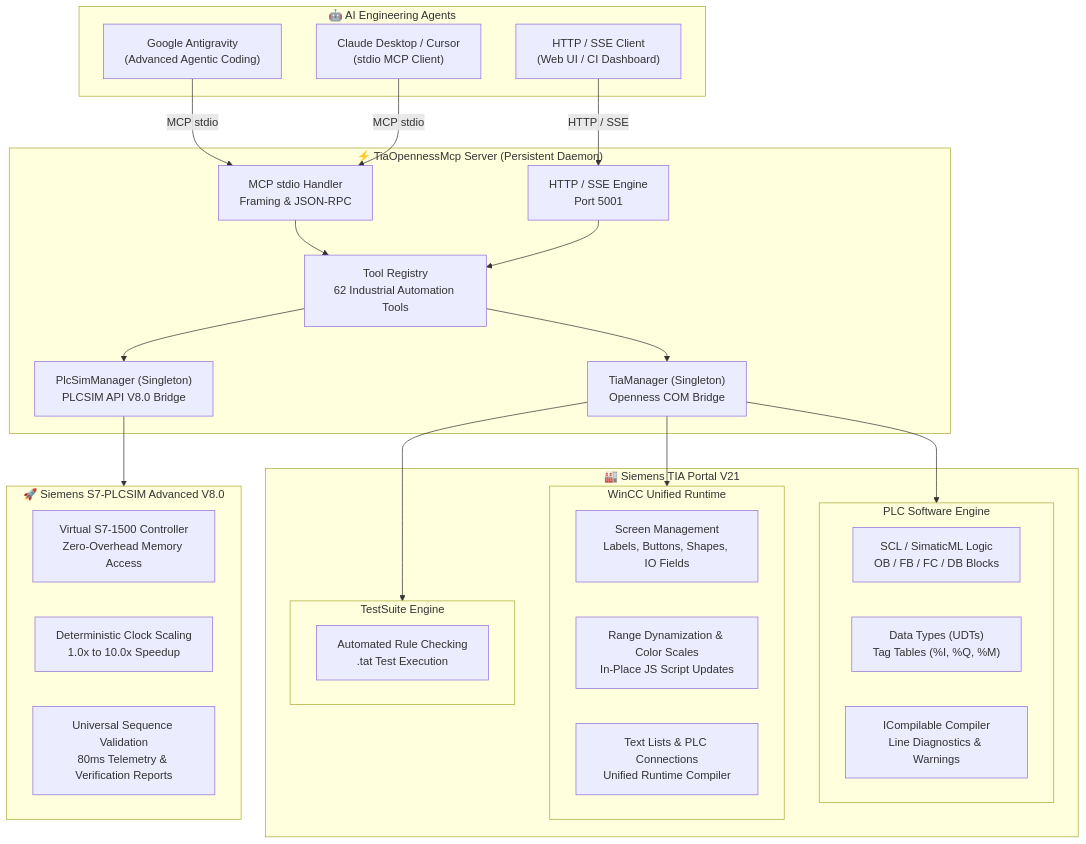
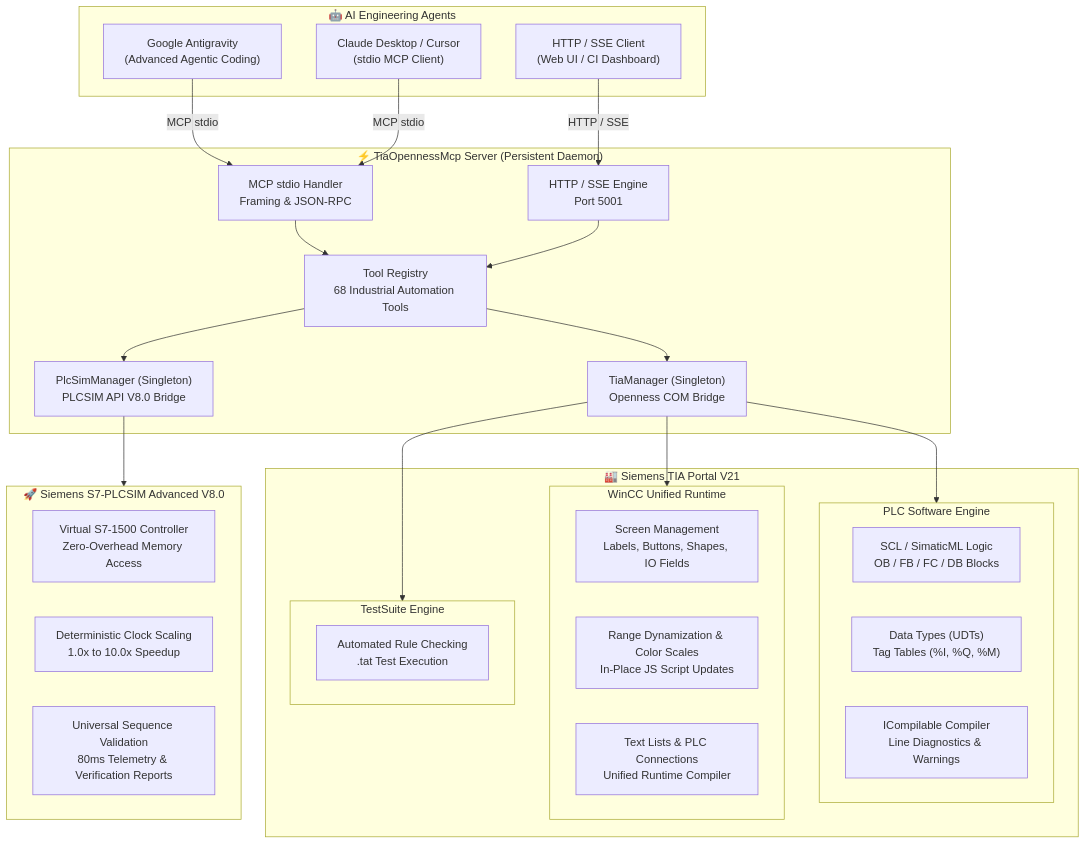
The first of 7 diagrams in README.md (jessenic/TIA-MCP-Server), drawn with Mermaid before and after one commit. The commit also changed other lines of this file and 14 other files, not shown here.

````diff
--- a/README.md
+++ b/README.md
@@ -61,50 +61,50 @@
 ```mermaid
 flowchart TD
     subgraph AGENTS["🤖 AI Engineering Agents"]
         AgentAntigravity["Google Antigravity<br/>(Advanced Agentic Coding)"]
         AgentClaude["Claude Desktop / Cursor<br/>(stdio MCP Client)"]
         AgentCustom["HTTP / SSE Client<br/>(Web UI / CI Dashboard)"]
     end
 
     subgraph SERVER["⚡ TiaOpennessMcp Server (Persistent Daemon)"]
         TransportStdio["MCP stdio Handler<br/>Framing & JSON-RPC"]
         TransportHttp["HTTP / SSE Engine<br/>Port 5001"]
-        ToolRegistry["Tool Registry<br/>62 Industrial Automation Tools"]
+        ToolRegistry["Tool Registry<br/>68 Industrial Automation Tools"]
         TiaMgr["TiaManager (Singleton)<br/>Openness COM Bridge"]
         PlcSimMgr["PlcSimManager (Singleton)<br/>PLCSIM API V8.0 Bridge"]
     end
 
     subgraph TIA["🏭 Siemens TIA Portal V21"]
         subgraph PLC["PLC Software Engine"]
             PlcLogic["SCL / SimaticML Logic<br/>OB / FB / FC / DB Blocks"]
             PlcTypes["Data Types (UDTs)<br/>Tag Tables (%I, %Q, %M)"]
             PlcCompile["ICompilable Compiler<br/>Line Diagnostics & Warnings"]
         end
         subgraph HMI["WinCC Unified Runtime"]
             HmiScreens["Screen Management<br/>Labels, Buttons, Shapes, IO Fields"]
             HmiDynamization["Range Dynamization & Color Scales<br/>In-Place JS Script Updates"]
             HmiComm["Text Lists & PLC Connections<br/>Unified Runtime Compiler"]
         end
         subgraph TEST["TestSuite Engine"]
             TestSuite["Automated Rule Checking<br/>.tat Test Execution"]
         end
     end
 
     subgraph SIM["🚀 Siemens S7-PLCSIM Advanced V8.0"]
         SimRuntime["Virtual S7-1500 Controller<br/>Zero-Overhead Memory Access"]
         SimScale["Deterministic Clock Scaling<br/>1.0x to 10.0x Speedup"]
         SimSeq["Universal Sequence Validation<br/>80ms Telemetry & Verification Reports"]
     end
 
     AgentAntigravity -->|MCP stdio| TransportStdio
     AgentClaude -->|MCP stdio| TransportStdio
     AgentCustom -->|HTTP / SSE| TransportHttp
     TransportStdio --> ToolRegistry
     TransportHttp --> ToolRegistry
     ToolRegistry --> TiaMgr
     ToolRegistry --> PlcSimMgr
     TiaMgr --> PLC
     TiaMgr --> HMI
     TiaMgr --> TEST
     PlcSimMgr --> SIM
 ```
````
